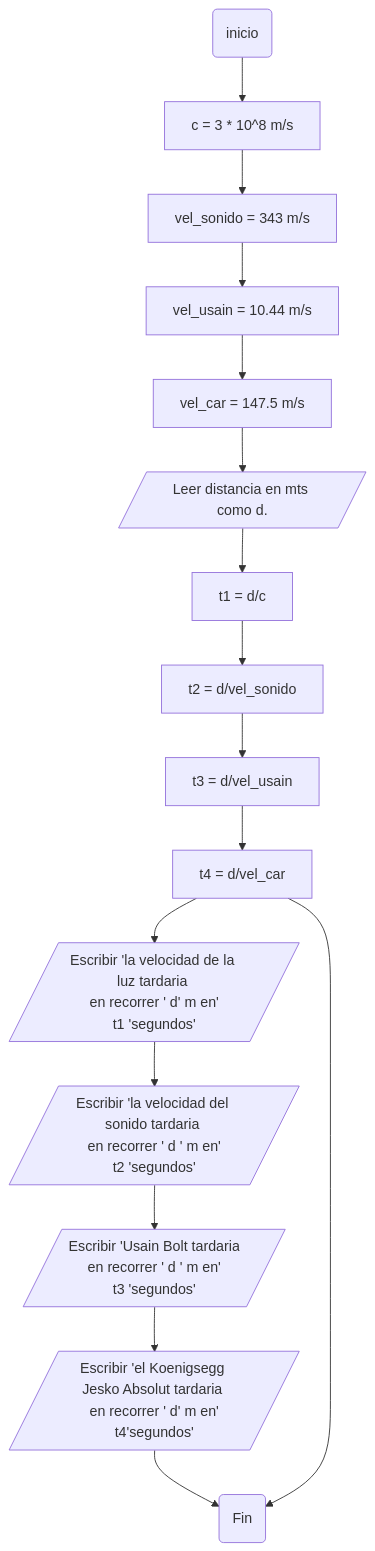
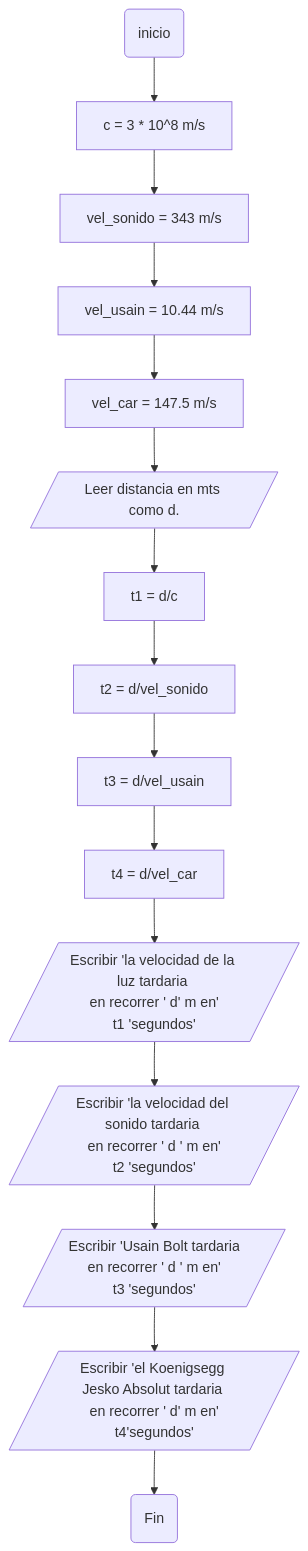
Before and after one commit to abellol/Taller_1_PDC: the second of 2 diagrams in README.md, drawn with Mermaid. The commit also changed other lines of this file, not shown here.

````diff
--- a/README.md
+++ b/README.md
@@ -130,42 +175,41 @@
 ```mermaid
-flowchart TD
+ flowchart TD
 A(inicio)
 B[c = 3 * 10^8 m/s]
 C[vel_sonido = 343 m/s]
 D[vel_usain = 10.44 m/s]
 E[vel_car = 147.5 m/s]
 F[/Leer distancia en mts como d./]
 G[t1 = d/c]
 H[t2 = d/vel_sonido]
 I[t3 = d/vel_usain]
 J[t4 = d/vel_car]
 K[/Escribir 'la velocidad de la luz tardaria 
 en recorrer ' d' m en'
 t1 'segundos'/]
 L[/Escribir 'la velocidad del sonido tardaria 
 en recorrer ' d ' m en'
 t2 'segundos'/]
 M[/Escribir 'Usain Bolt tardaria 
 en recorrer ' d ' m en'
 t3 'segundos'/]
 N[/Escribir 'el Koenigsegg Jesko Absolut tardaria 
 en recorrer ' d' m en'
 t4'segundos'/]
 Z(Fin)
 
 A --> B
 B --> C
 C --> D
 D --> E
 E --> F
 F --> G
 G --> H
 H --> I
 I --> J 
 J --> K
 K --> L
 L --> M
 M --> N
 N --> Z
-J --> Z
-```
+  ```
````
